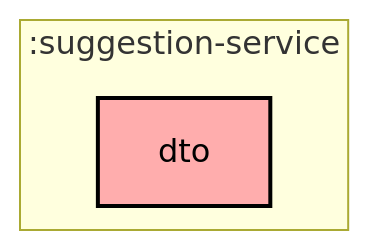
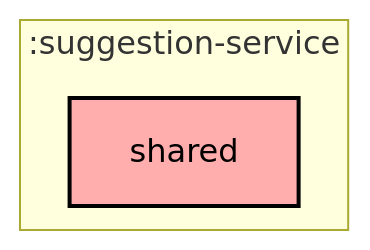
One commit to Norby99/munchies changed the diagram in suggestion-service/shared/README.md. Above: the diagram before and after it, drawn with Mermaid. The commit also changed 38 other files, not shown here.

````diff
--- a/suggestion-service/shared/README.md
+++ b/suggestion-service/shared/README.md
@@ -6,15 +6,15 @@
 ```mermaid
 ---
 config:
   layout: elk
   elk:
     nodePlacementStrategy: SIMPLE
 ---
 graph TB
   subgraph :suggestion-service
     direction TB
-    :suggestion-service:dto[dto]:::unknown
+    :suggestion-service:shared[shared]:::unknown
   end
 
 classDef unknown fill:#FFADAD,stroke:#000,stroke-width:2px,color:#000;
 ```
````
